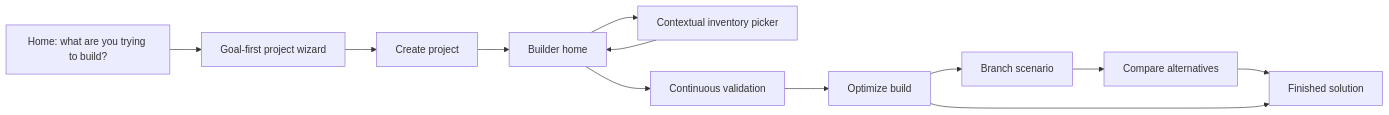
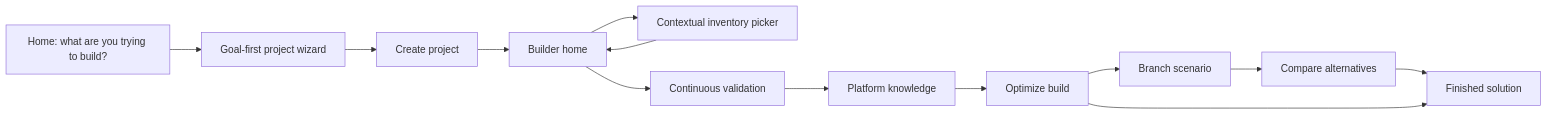
Before and after one commit to Arshyi/JETS: the diagram in docs/user-workflow.md, drawn with Mermaid. The commit also changed other lines of this file and 19 other files, not shown here.

Commit message:
Build JETS v2.5 platform knowledge engine

````diff
--- a/docs/user-workflow.md
+++ b/docs/user-workflow.md
@@ -8,25 +8,27 @@
 ```mermaid
 flowchart LR
   Home["Home: what are you trying to build?"]
   Goal["Goal-first project wizard"]
   Project["Create project"]
   Builder["Builder home"]
   Inventory["Contextual inventory picker"]
   Validate["Continuous validation"]
+  Knowledge["Platform knowledge"]
   Optimize["Optimize build"]
   Branch["Branch scenario"]
   Compare["Compare alternatives"]
   Finish["Finished solution"]
 
   Home --> Goal
   Goal --> Project
   Project --> Builder
   Builder --> Inventory
   Inventory --> Builder
   Builder --> Validate
-  Validate --> Optimize
+  Validate --> Knowledge
+  Knowledge --> Optimize
   Optimize --> Branch
   Branch --> Compare
   Compare --> Finish
   Optimize --> Finish
 ```
````
